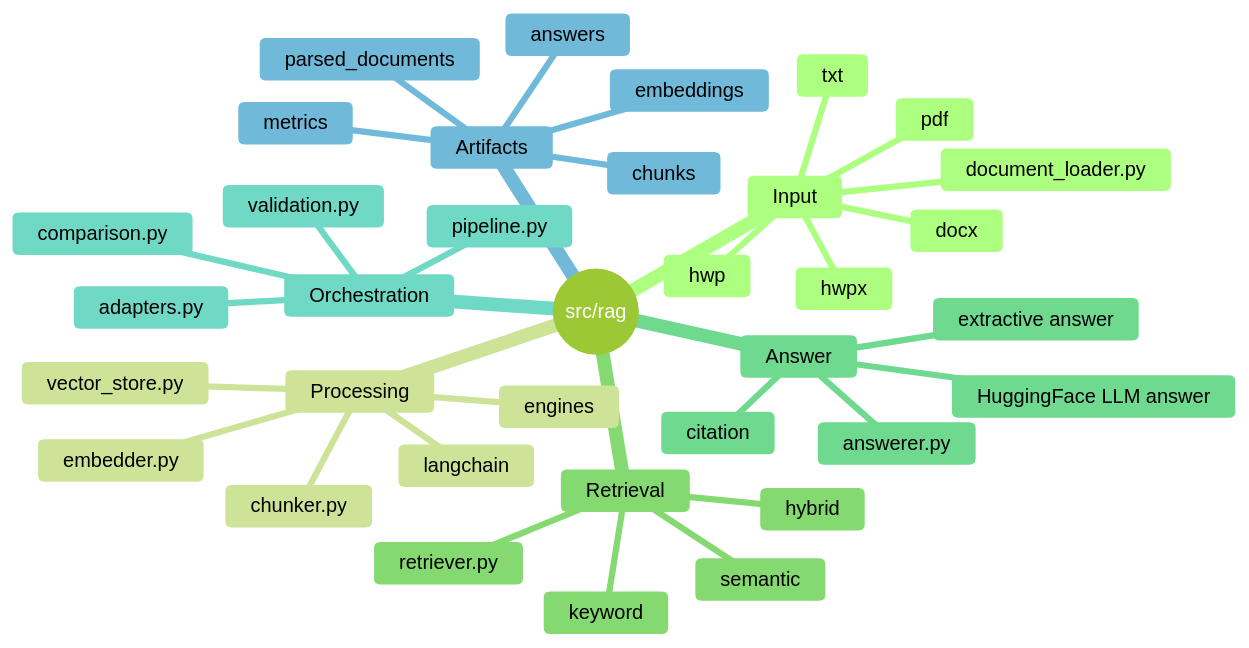
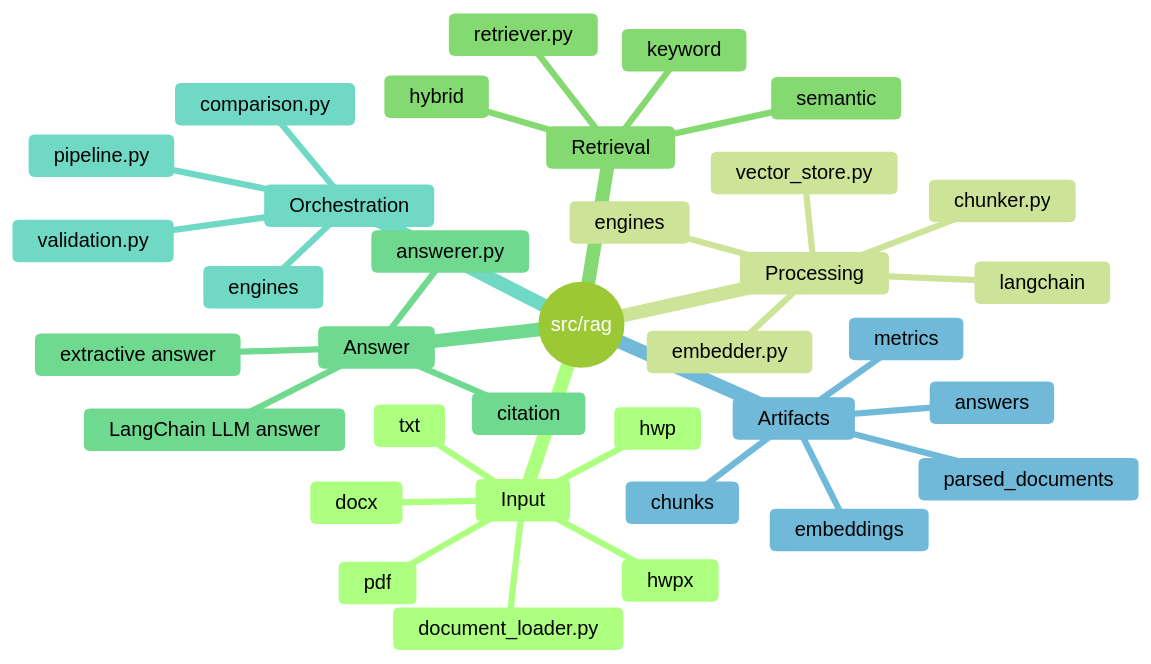
The diagram in src/rag/README.md (Codeit-Part3-6Team/Codeit-Part3-6Team-Project), drawn with Mermaid (forest theme) before and after one commit. The commit also changed other lines of this file and 18 other files, not shown here.

Commit message:
[docs] LangChain 기준 작업 지도 정리

````diff
--- a/src/rag/README.md
+++ b/src/rag/README.md
@@ -8,38 +8,38 @@
 ```mermaid
 mindmap
   root((src/rag))
     Input
       document_loader.py
       txt
       pdf
       docx
       hwpx
       hwp
     Processing
       engines
       langchain
       chunker.py
       embedder.py
       vector_store.py
     Retrieval
       retriever.py
       keyword
       semantic
       hybrid
     Answer
       answerer.py
       citation
       extractive answer
-      HuggingFace LLM answer
+      LangChain LLM answer
     Orchestration
-      adapters.py
+      engines
       pipeline.py
       validation.py
       comparison.py
     Artifacts
       parsed_documents
       chunks
       embeddings
       answers
       metrics
 ```
````
